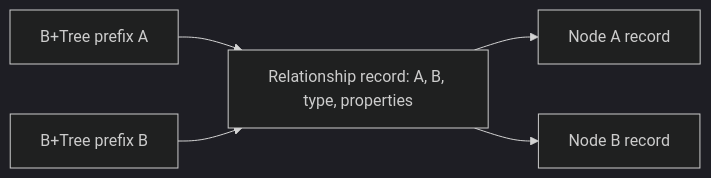
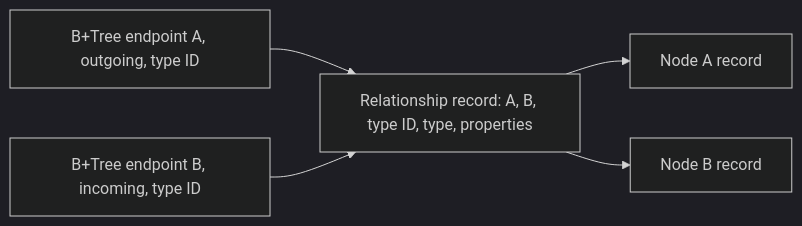
Before and after one commit to assimalign/cohesion: the diagram in resources/Database/Assimalign.Cohesion.Database.Graph.Storage/docs/DESIGN.md, drawn with Mermaid (dark theme). The commit also changed other lines of this file and 27 other files, not shown here.

Commit message:
fix(database): filter graph adjacency before expansion (#1532)

````diff
--- a/resources/Database/Assimalign.Cohesion.Database.Graph.Storage/docs/DESIGN.md
+++ b/resources/Database/Assimalign.Cohesion.Database.Graph.Storage/docs/DESIGN.md
@@ -37,7 +37,7 @@
 ```mermaid
 flowchart LR
-    X["B+Tree prefix A"] --> R["Relationship record: A, B, type, properties"]
-    Y["B+Tree prefix B"] --> R
+    X["B+Tree endpoint A, outgoing, type ID"] --> R["Relationship record: A, B, type ID, type, properties"]
+    Y["B+Tree endpoint B, incoming, type ID"] --> R
     R --> A["Node A record"]
     R --> B["Node B record"]
 ```
````
